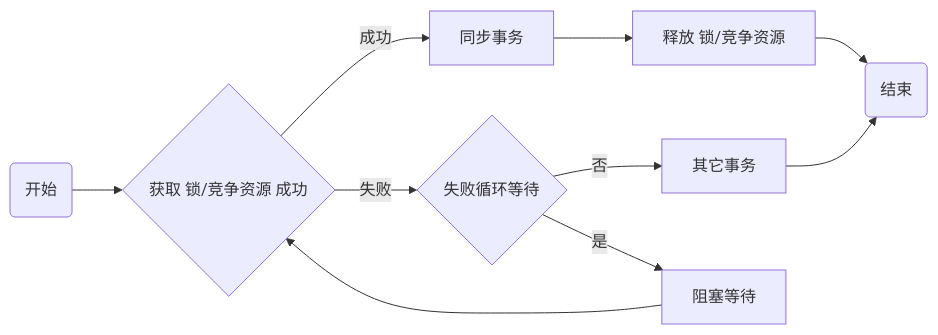
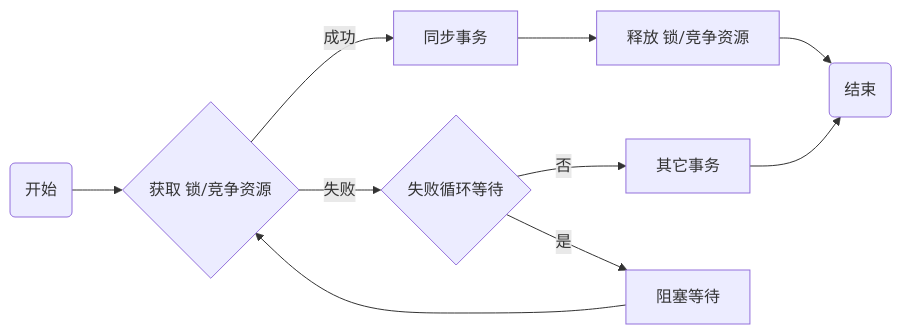
The diagram in java/javaAqsLearn1.md (gittauros/kaleido-palutena), drawn with Mermaid before and after one commit.

````diff
--- a/java/javaAqsLearn1.md
+++ b/java/javaAqsLearn1.md
@@ -20,21 +20,21 @@
 ```mermaid
 graph LR 
 st(开始)
 e(结束)
-lock{获取 锁/竞争资源 成功}
+lock{获取 锁/竞争资源}
 block{失败循环等待}
 failCode[其它事务]
 syncCode[同步事务]
 release[释放 锁/竞争资源]
 wait[阻塞等待]
 
 st --> lock
 lock -->|成功| syncCode
 syncCode --> release
 release --> e
 lock -->|失败| block
 block -->|是| wait
 wait --> lock
 block -->|否| failCode
 failCode --> e
 ```
````
